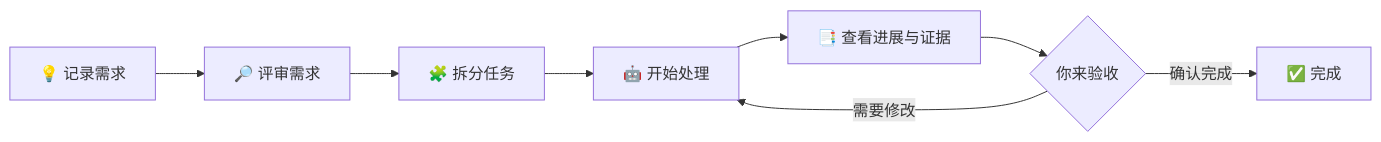
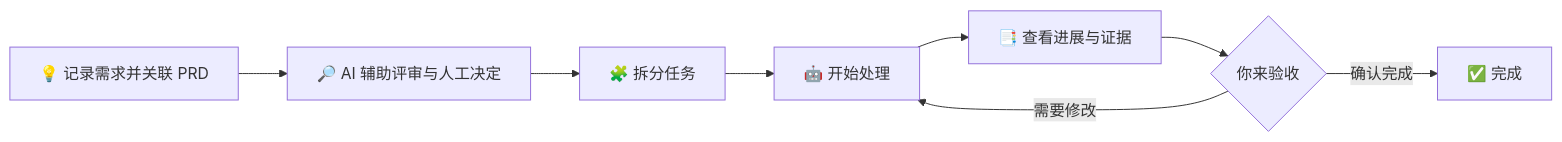
The diagram in README.md (Vincent-chk/dsh-project-workbench), drawn with Mermaid before and after one commit. The commit also changed other lines of this file, not shown here.

````diff
--- a/README.md
+++ b/README.md
@@ -46,10 +65,10 @@
 ```mermaid
 flowchart LR
-    A[💡 记录需求] --> B[🔎 评审需求]
+    A[💡 记录需求并关联 PRD] --> B[🔎 AI 辅助评审与人工决定]
     B --> C[🧩 拆分任务]
     C --> D[🤖 开始处理]
     D --> E[📑 查看进展与证据]
     E --> F{你来验收}
     F -->|需要修改| D
     F -->|确认完成| G[✅ 完成]
 ```
````
